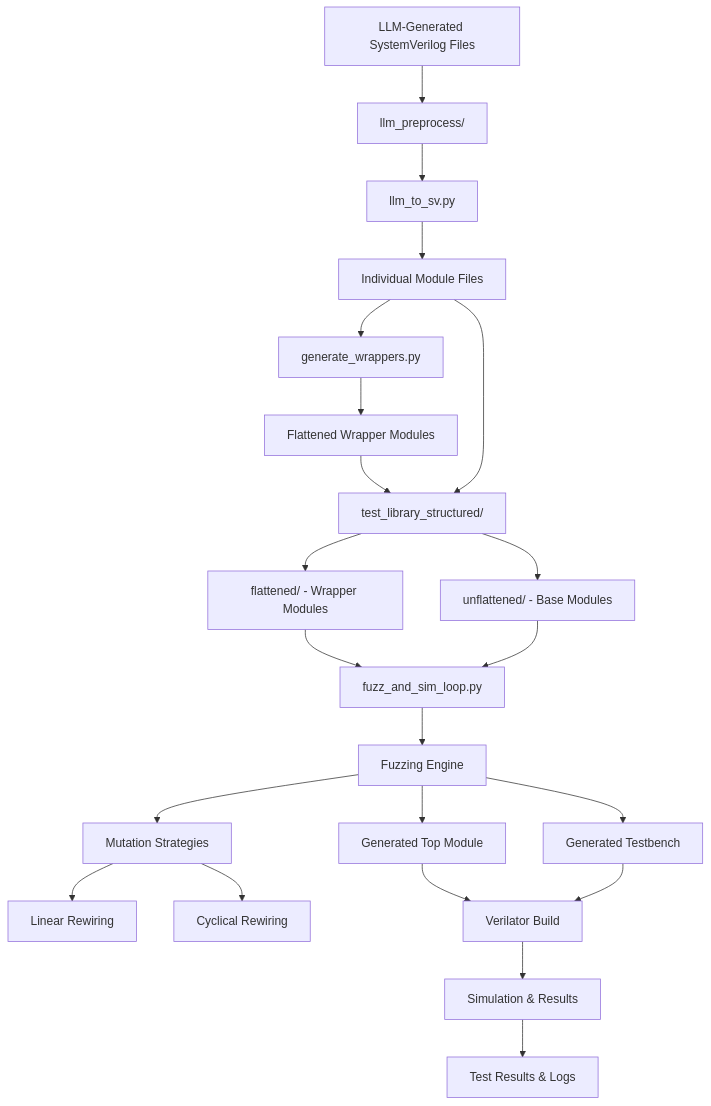
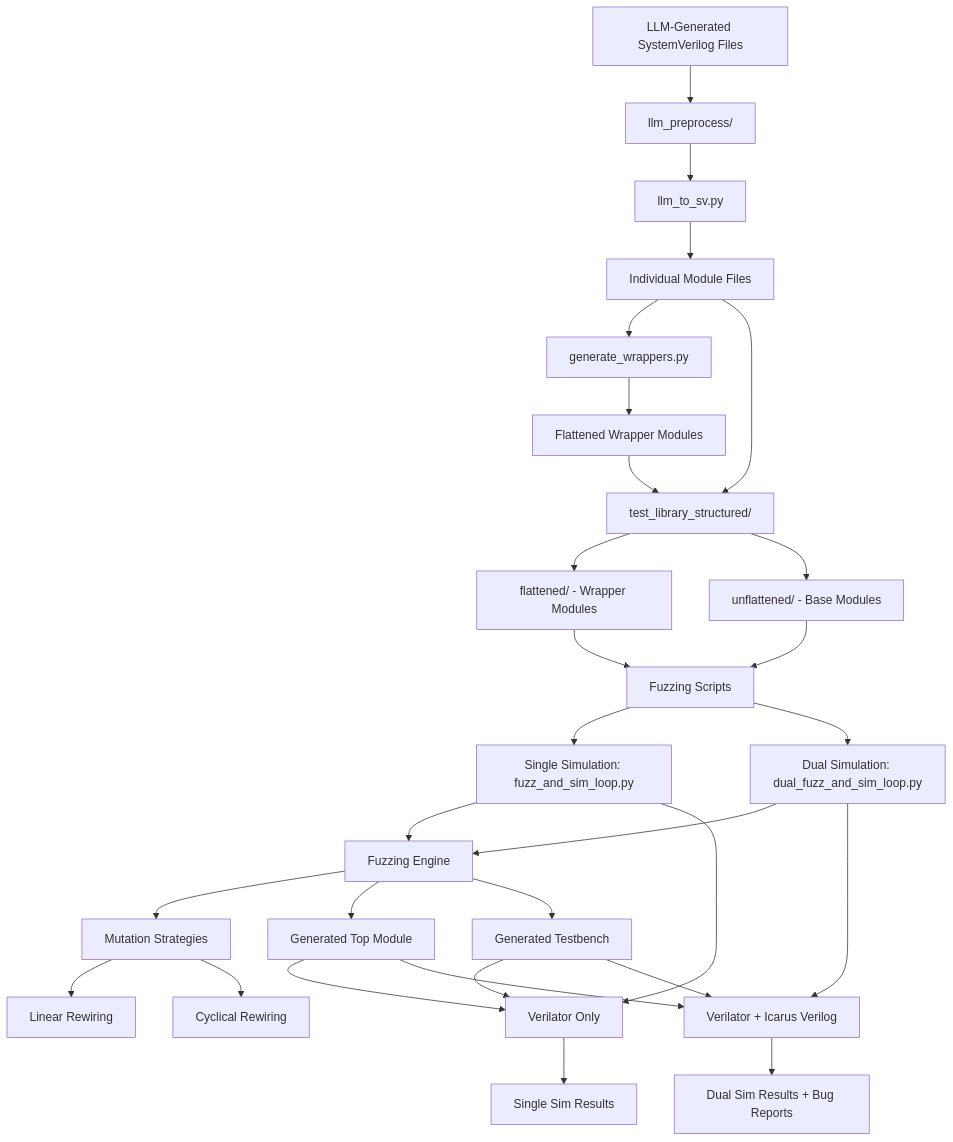
Before and after one commit to frankjinn/module-fuzz: the diagram in WORKFLOW.md, drawn with Mermaid. The commit also changed other lines of this file and 505 other files, not shown here.

````diff
--- a/WORKFLOW.md
+++ b/WORKFLOW.md
@@ -5,27 +5,38 @@
 ```mermaid
 graph TD
     A[LLM-Generated SystemVerilog Files] --> B[llm_preprocess/]
     B --> C[llm_to_sv.py]
     C --> D[Individual Module Files]
     D --> E[generate_wrappers.py]
     E --> F[Flattened Wrapper Modules]
     
     F --> G[test_library_structured/]
     D --> G
     G --> H[flattened/ - Wrapper Modules]
     G --> I[unflattened/ - Base Modules]
     
-    H --> J[fuzz_and_sim_loop.py]
+    H --> J[Fuzzing Scripts]
     I --> J
-    J --> K[Fuzzing Engine]
-    K --> L[Mutation Strategies]
-    L --> M[Linear Rewiring]
-    L --> N[Cyclical Rewiring]
+    J --> K[Single Simulation: fuzz_and_sim_loop.py]
+    J --> L[Dual Simulation: dual_fuzz_and_sim_loop.py]
     
-    K --> P[Generated Top Module]
-    K --> Q[Generated Testbench]
-    P --> R[Verilator Build]
-    Q --> R
-    R --> S[Simulation & Results]
-    S --> T[Test Results & Logs]
+    K --> M[Fuzzing Engine]
+    L --> M
+    M --> N[Mutation Strategies]
+    N --> O[Linear Rewiring]
+    N --> P[Cyclical Rewiring]
+    
+    M --> Q[Generated Top Module]
+    M --> R[Generated Testbench]
+    
+    K --> S[Verilator Only]
+    L --> T[Verilator + Icarus Verilog]
+    
+    Q --> S
+    R --> S
+    Q --> T
+    R --> T
+    
+    S --> U[Single Sim Results]
+    T --> V[Dual Sim Results + Bug Reports]
 ```
````
